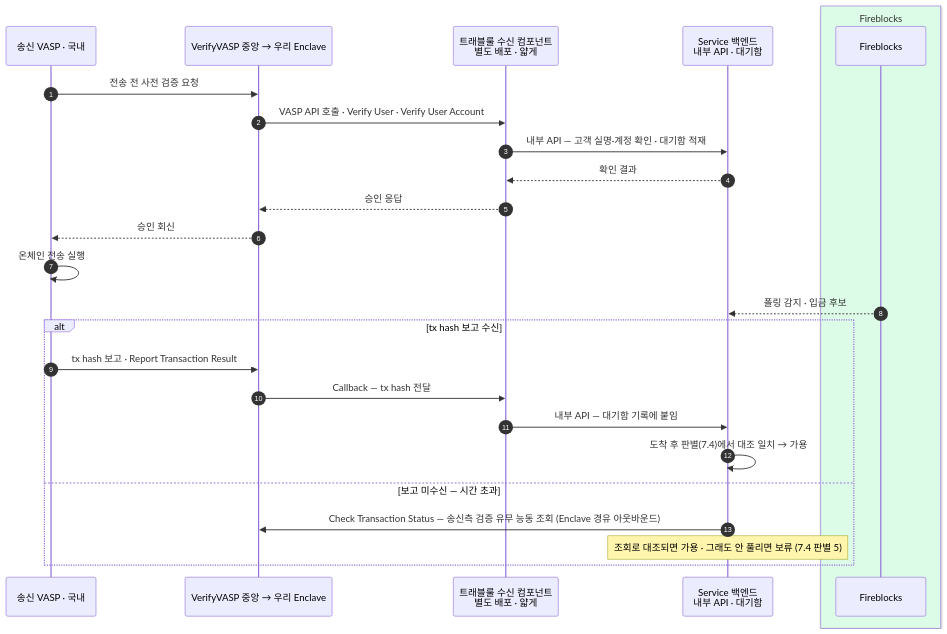
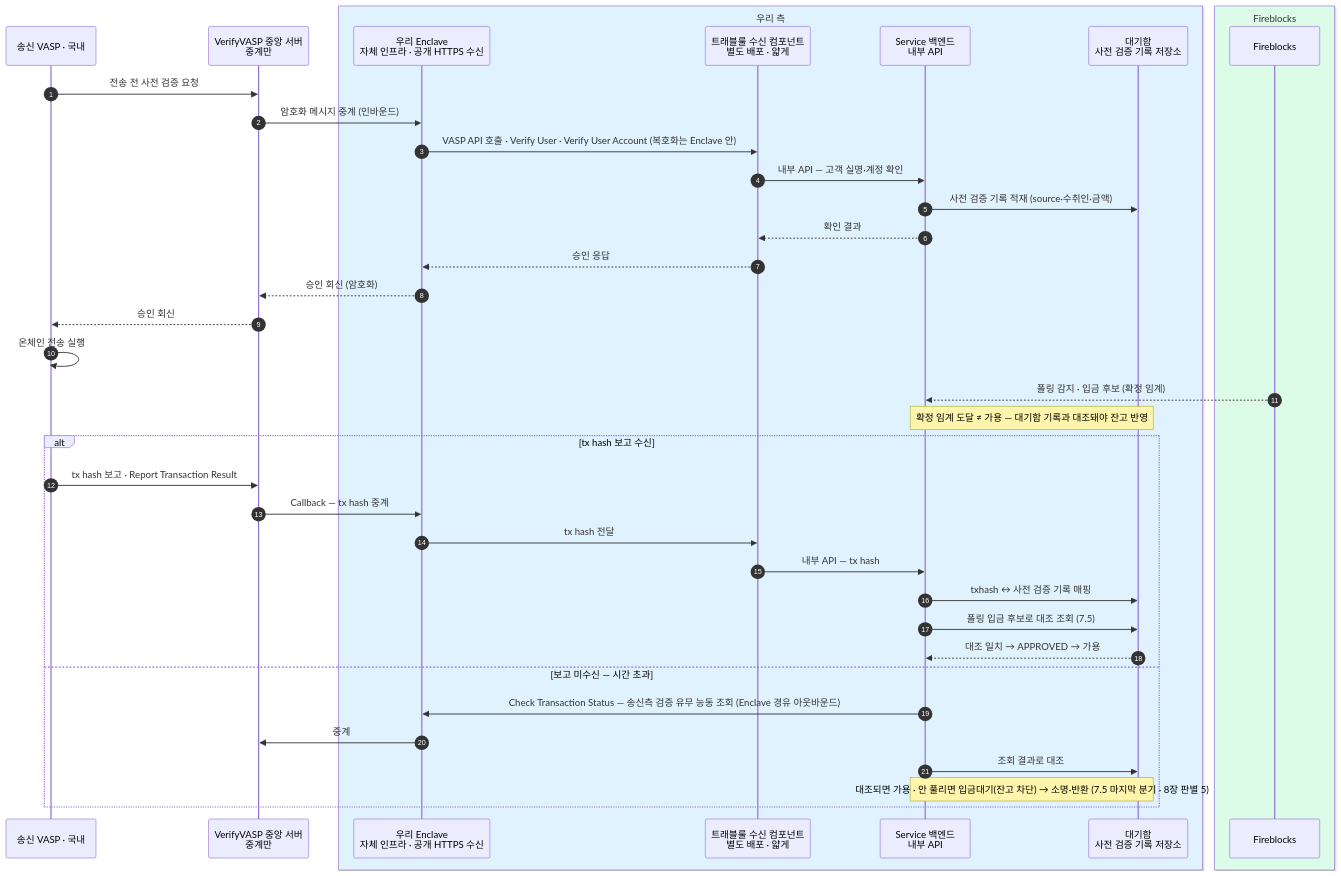
Before and after one commit to eunsujeo/eunpus: the third of 11 diagrams in blockchain-manager/docs/트래블룰/설계/07-scenarios.md, drawn with Mermaid. The commit also changed other lines of this file and 7 other files, not shown here.

````diff
--- a/blockchain-manager/docs/트래블룰/설계/07-scenarios.md
+++ b/blockchain-manager/docs/트래블룰/설계/07-scenarios.md
@@ -85,29 +131,42 @@
 ```mermaid
 sequenceDiagram
     autonumber
     participant SV as 송신 VASP · 국내
-    participant VV as VerifyVASP 중앙 → 우리 Enclave
+    participant HUB as VerifyVASP 중앙 서버<br/>중계만
+    box rgb(224,242,254) 우리 측
+    participant EN as 우리 Enclave<br/>자체 인프라 · 공개 HTTPS 수신
     participant RX as 트래블룰 수신 컴포넌트<br/>별도 배포 · 얇게
-    participant BE as Service 백엔드<br/>내부 API · 대기함
+    participant BE as Service 백엔드<br/>내부 API
+    participant WQ as 대기함<br/>사전 검증 기록 저장소
+    end
     box rgb(220,252,231) Fireblocks
     participant FB as Fireblocks
     end
 
-    SV->>VV: 전송 전 사전 검증 요청
-    VV->>RX: VASP API 호출 · Verify User · Verify User Account
-    RX->>BE: 내부 API — 고객 실명·계정 확인 · 대기함 적재
+    SV->>HUB: 전송 전 사전 검증 요청
+    HUB->>EN: 암호화 메시지 중계 (인바운드)
+    EN->>RX: VASP API 호출 · Verify User · Verify User Account (복호화는 Enclave 안)
+    RX->>BE: 내부 API — 고객 실명·계정 확인
+    BE->>WQ: 사전 검증 기록 적재 (source·수취인·금액)
     BE-->>RX: 확인 결과
-    RX-->>VV: 승인 응답
-    VV-->>SV: 승인 회신
+    RX-->>EN: 승인 응답
+    EN-->>HUB: 승인 회신 (암호화)
+    HUB-->>SV: 승인 회신
     SV->>SV: 온체인 전송 실행
-    FB-->>BE: 폴링 감지 · 입금 후보
+    FB-->>BE: 폴링 감지 · 입금 후보 (확정 임계)
+    Note over BE,WQ: 확정 임계 도달 ≠ 가용 — 대기함 기록과 대조돼야 잔고 반영
     alt tx hash 보고 수신
-        SV->>VV: tx hash 보고 · Report Transaction Result
-        VV->>RX: Callback — tx hash 전달
-        RX->>BE: 내부 API — 대기함 기록에 붙임
-        BE->>BE: 도착 후 판별(7.4)에서 대조 일치 → 가용
+        SV->>HUB: tx hash 보고 · Report Transaction Result
+        HUB->>EN: Callback — tx hash 중계
+        EN->>RX: tx hash 전달
+        RX->>BE: 내부 API — tx hash
+        BE->>WQ: txhash ↔ 사전 검증 기록 매핑
+        BE->>WQ: 폴링 입금 후보로 대조 조회 (7.5)
+        WQ-->>BE: 대조 일치 → APPROVED → 가용
     else 보고 미수신 — 시간 초과
-        BE->>VV: Check Transaction Status — 송신측 검증 유무 능동 조회 (Enclave 경유 아웃바운드)
-        Note over BE: 조회로 대조되면 가용 · 그래도 안 풀리면 보류 (7.4 판별 5)
+        BE->>EN: Check Transaction Status — 송신측 검증 유무 능동 조회 (Enclave 경유 아웃바운드)
+        EN->>HUB: 중계
+        BE->>WQ: 조회 결과로 대조
+        Note over BE,WQ: 대조되면 가용 · 안 풀리면 입금대기(잔고 차단) → 소명·반환 (7.5 마지막 분기 · 8장 판별 5)
     end
 ```
````
